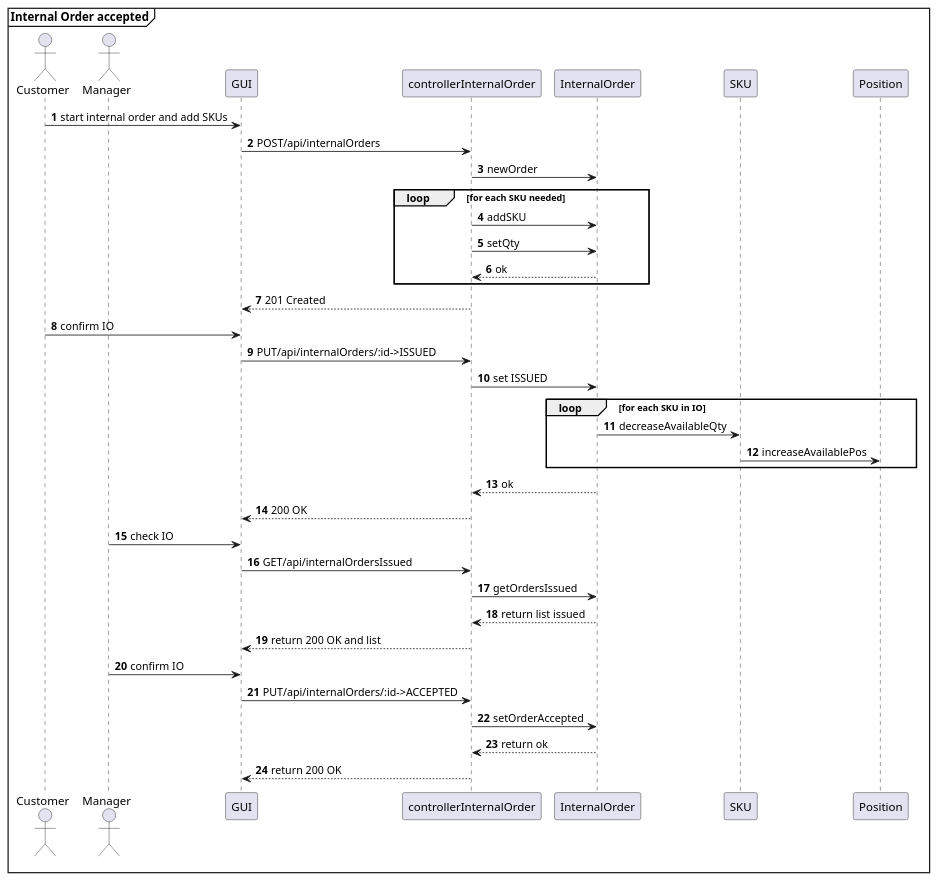
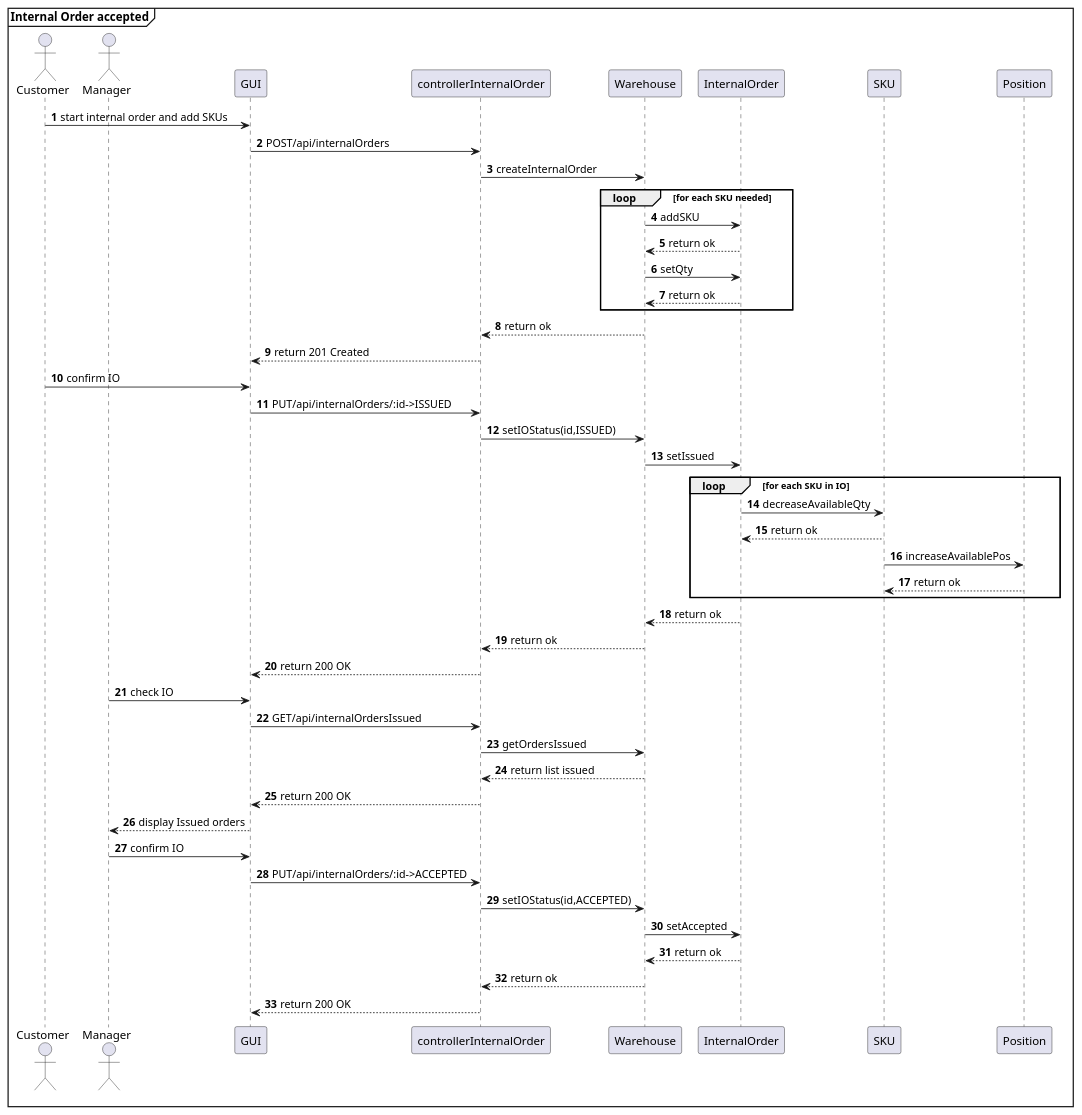
Diagram 21 of 29 in DesignDocument.md (AlexZampa/EzWh), drawn with PlantUML before and after one commit. The commit also changed other lines of this file, not shown here.

````diff
--- a/DesignDocument.md
+++ b/DesignDocument.md
@@ -1011,44 +1039,54 @@
 ```plantuml
 @startuml
 mainframe **Internal Order accepted**
 actor Customer
 actor Manager
 participant GUI
 participant controllerInternalOrder
+participant Warehouse
 participant InternalOrder
 participant SKU
 
 autonumber
 Customer -> GUI : start internal order and add SKUs
 GUI -> controllerInternalOrder : POST/api/internalOrders
-controllerInternalOrder -> InternalOrder : newOrder
+controllerInternalOrder -> Warehouse : createInternalOrder
 loop for each SKU needed
-  controllerInternalOrder -> InternalOrder : addSKU
-  controllerInternalOrder -> InternalOrder : setQty
-  controllerInternalOrder <-- InternalOrder : ok
+  Warehouse -> InternalOrder : addSKU
+  Warehouse <-- InternalOrder : return ok
+  Warehouse -> InternalOrder : setQty
+  Warehouse <-- InternalOrder : return ok
 end loop
-GUI <-- controllerInternalOrder : 201 Created
+controllerInternalOrder <-- Warehouse : return ok
+GUI <-- controllerInternalOrder : return 201 Created
 
 Customer -> GUI : confirm IO
 GUI -> controllerInternalOrder : PUT/api/internalOrders/:id->ISSUED
-controllerInternalOrder -> InternalOrder : set ISSUED
+controllerInternalOrder -> Warehouse : setIOStatus(id,ISSUED)
+Warehouse -> InternalOrder : setIssued
 loop for each SKU in IO
   InternalOrder -> SKU : decreaseAvailableQty
+  InternalOrder <-- SKU : return ok
   SKU -> Position : increaseAvailablePos
+  SKU <-- Position : return ok
 end loop
-controllerInternalOrder <-- InternalOrder : ok
-GUI <-- controllerInternalOrder : 200 OK
+Warehouse <-- InternalOrder : return ok
+controllerInternalOrder <-- Warehouse : return ok
+GUI <-- controllerInternalOrder : return 200 OK
 
 Manager -> GUI : check IO
 GUI -> controllerInternalOrder : GET/api/internalOrdersIssued
-controllerInternalOrder -> InternalOrder : getOrdersIssued
-controllerInternalOrder <-- InternalOrder : return list issued
-GUI <-- controllerInternalOrder : return 200 OK and list
+controllerInternalOrder -> Warehouse : getOrdersIssued
+controllerInternalOrder <-- Warehouse : return list issued
+GUI <-- controllerInternalOrder : return 200 OK
+Manager <-- GUI : display Issued orders
 
 Manager -> GUI : confirm IO
 GUI -> controllerInternalOrder : PUT/api/internalOrders/:id->ACCEPTED
-controllerInternalOrder -> InternalOrder : setOrderAccepted
-controllerInternalOrder <-- InternalOrder : return ok
+controllerInternalOrder -> Warehouse : setIOStatus(id,ACCEPTED)
+Warehouse -> InternalOrder : setAccepted
+Warehouse <-- InternalOrder : return ok
+controllerInternalOrder <-- Warehouse : return ok
 GUI <-- controllerInternalOrder : return 200 OK
 @enduml
 ```
````
